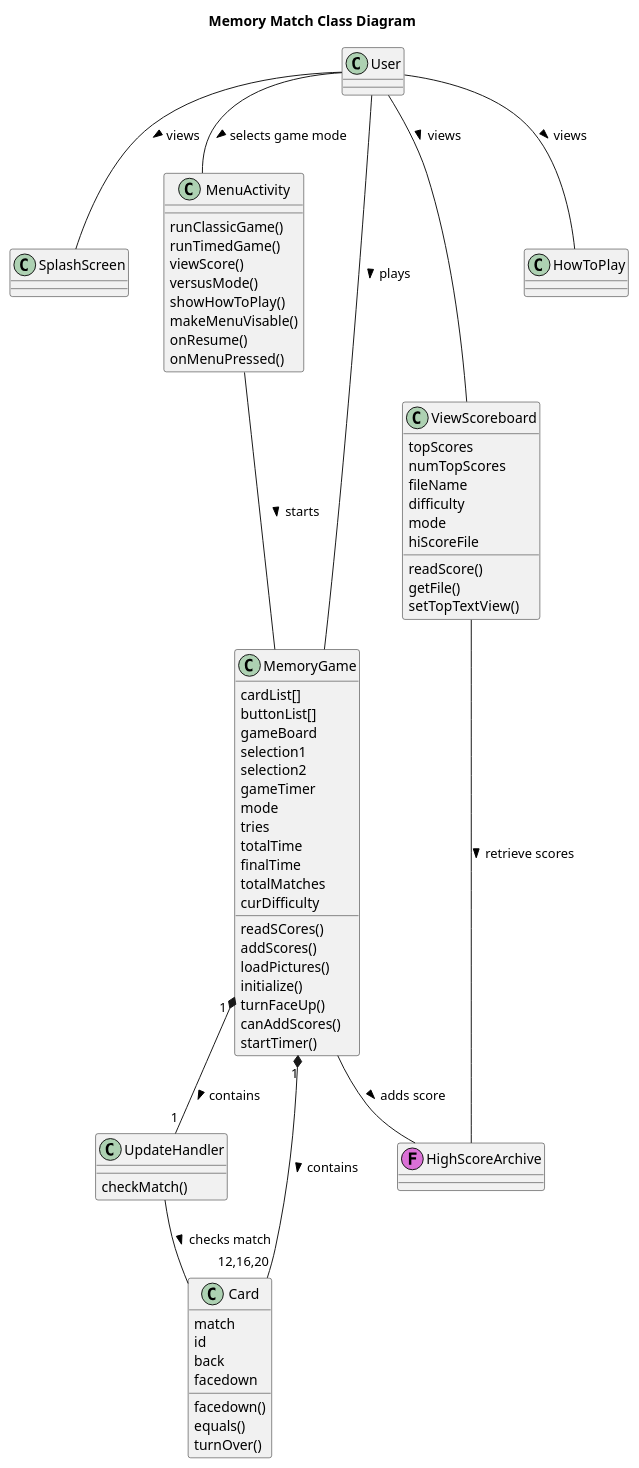
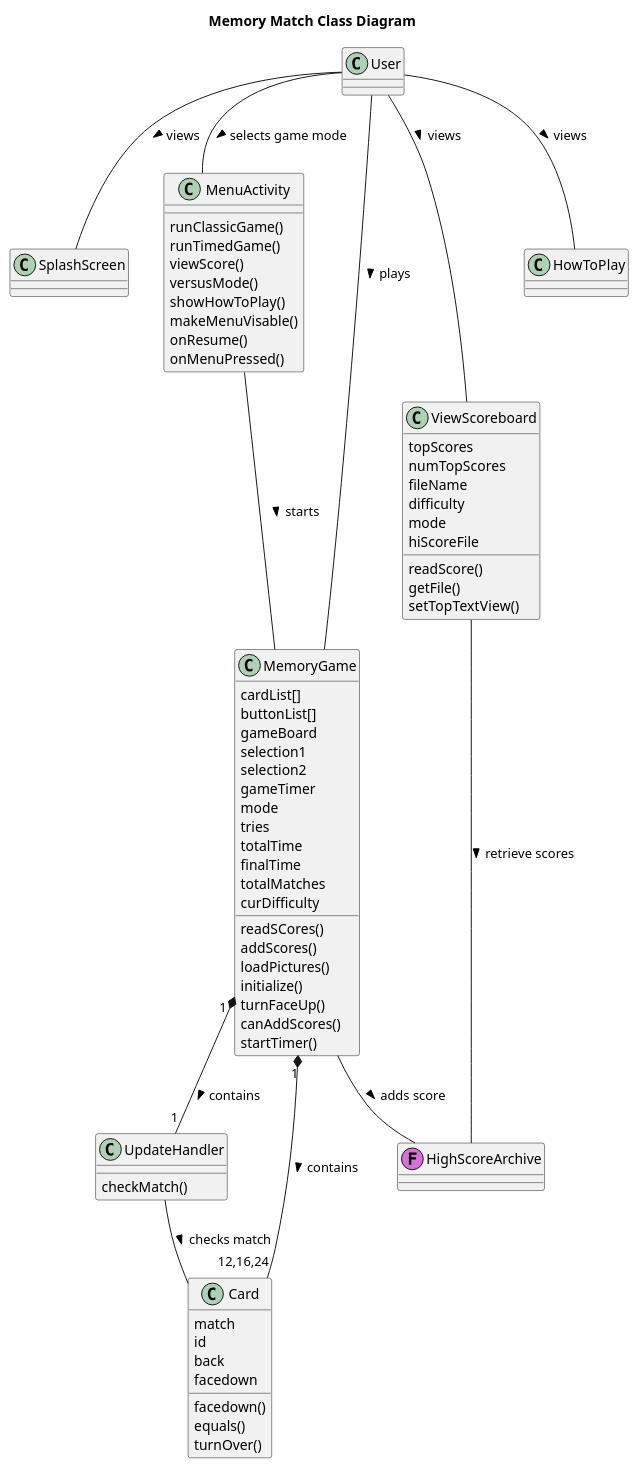
The diagram in app/UML/CD.puml (zok0001/MemoryMatch-master), drawn with PlantUML before and after one commit.

Commit message:
Minor Class Diagram fix

```diff
--- a/app/UML/CD.puml
+++ b/app/UML/CD.puml
@@ -1,79 +1,79 @@
 @startuml
 title Memory Match Class Diagram
 class UpdateHandler {
 checkMatch()
 }
 class User {
 }
 class Card {
 match
 id
 back
 facedown
 facedown()
 equals()
 turnOver()
 }
 
 class SplashScreen{
 }
 class MenuActivity{
 runClassicGame()
 runTimedGame()
 viewScore()
 versusMode()
 showHowToPlay()
 makeMenuVisable()
 onResume()
 onMenuPressed()
 }
 class MemoryGame{
 cardList[]
 buttonList[]
 gameBoard
 selection1
 selection2
 gameTimer
 mode
 tries
 totalTime
 finalTime
 totalMatches
 curDifficulty
 readSCores()
 addScores()
 loadPictures()
 initialize()
 turnFaceUp()
 canAddScores()
 startTimer()
 }
 class ViewScoreboard{
 topScores
 numTopScores
 fileName
 difficulty
 mode
 hiScoreFile
 readScore()
 getFile()
 setTopTextView()
 }
 class HighScoreArchive <<F,orchid) >> {
 }
 class HowToPlay {
 }
 
-MemoryGame "1" *-- "12,16,20" Card : contains >
+MemoryGame "1" *-- "12,16,24" Card : contains >
 MemoryGame "1" *-- "1" UpdateHandler: contains >
 User -- MemoryGame: plays >
 User -- SplashScreen: views >
 User -- MenuActivity: selects game mode >
 UpdateHandler -- Card : checks match >
 MenuActivity -- MemoryGame : starts >
 User -- ViewScoreboard : views >
 MemoryGame -- HighScoreArchive : adds score >
 ViewScoreboard -- HighScoreArchive : retrieve scores >
 User -- HowToPlay : views >
 
 @enduml
```
